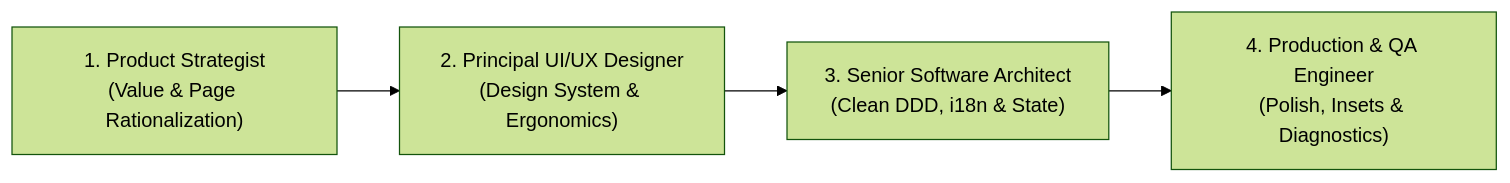
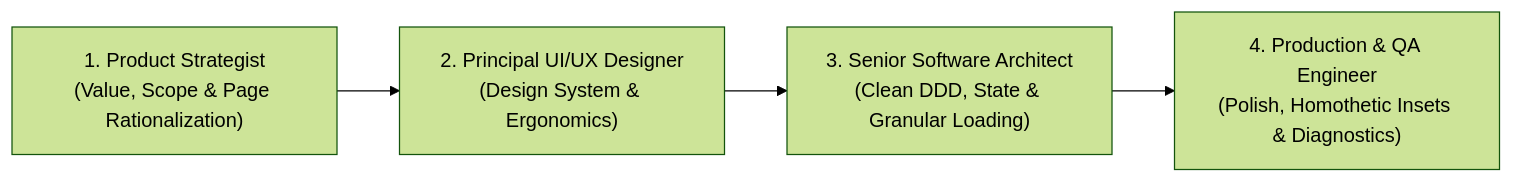
The first of 2 diagrams in skills/senior-mobile-developer/SKILL.md (Rodrigue-k/agent-skills), drawn with Mermaid (forest theme) before and after one commit. The commit also changed other lines of this file and 1 other file, not shown here.

Commit message:
feat(skills): introduce project profiling matrix and conditional rules for i18n, architecture and loading

````diff
--- a/skills/senior-mobile-developer/SKILL.md
+++ b/skills/senior-mobile-developer/SKILL.md
@@ -21,6 +35,6 @@
 ```mermaid
 graph LR
-    A["1. Product Strategist<br/>(Value & Page Rationalization)"] --> B["2. Principal UI/UX Designer<br/>(Design System & Ergonomics)"]
-    B --> C["3. Senior Software Architect<br/>(Clean DDD, i18n & State)"]
-    C --> D["4. Production & QA Engineer<br/>(Polish, Insets & Diagnostics)"]
+    A["1. Product Strategist<br/>(Value, Scope & Page Rationalization)"] --> B["2. Principal UI/UX Designer<br/>(Design System & Ergonomics)"]
+    B --> C["3. Senior Software Architect<br/>(Clean DDD, State & Granular Loading)"]
+    C --> D["4. Production & QA Engineer<br/>(Polish, Homothetic Insets & Diagnostics)"]
 ```
````
